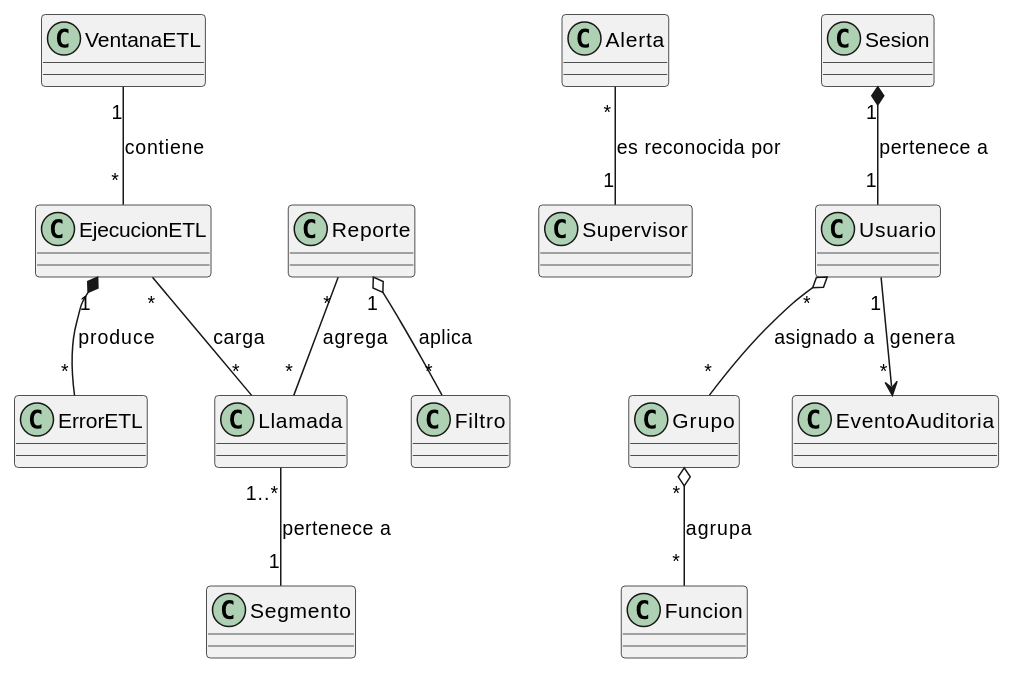
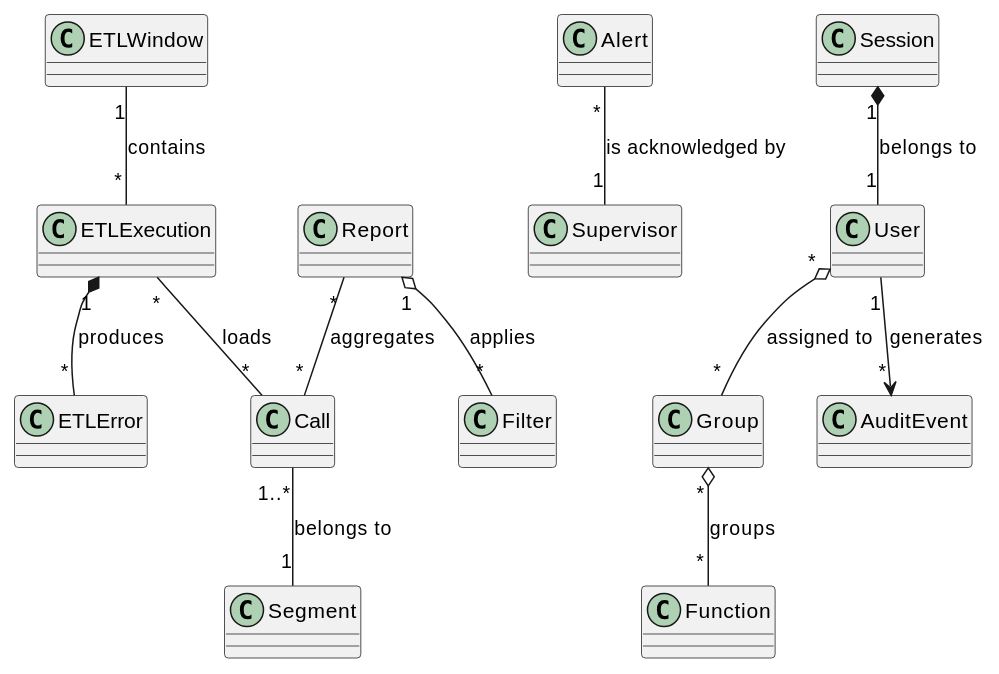
One commit to jcg-admin/IACT-docs changed the diagram in source/requisitos/_metodologia-aplicacion/analisis-dominio/aplicacion-a-iact.rst. Above: the diagram before and after it, drawn with PlantUML. The commit also changed 21 other files, not shown here.

```diff
--- a/source/requisitos/_metodologia-aplicacion/analisis-dominio/aplicacion-a-iact.rst
+++ b/source/requisitos/_metodologia-aplicacion/analisis-dominio/aplicacion-a-iact.rst
@@ -7,31 +7,31 @@
 .. uml::
 
    @startuml
 
-   class Llamada
-   class Segmento
-   class EjecucionETL
-   class VentanaETL
-   class ErrorETL
-   class Reporte
-   class Filtro
-   class Alerta
+   class Call
+   class Segment
+   class ETLExecution
+   class ETLWindow
+   class ETLError
+   class Report
+   class Filter
+   class Alert
    class Supervisor
-   class Usuario
-   class Sesion
-   class Grupo
-   class Funcion
-   class EventoAuditoria
+   class User
+   class Session
+   class Group
+   class Function
+   class AuditEvent
 
-   Llamada "1..*" -- "1" Segmento : pertenece a
-   VentanaETL "1" -- "*" EjecucionETL : contiene
-   EjecucionETL "*" -- "*" Llamada : carga
-   EjecucionETL "1" *-- "*" ErrorETL : produce
-   Reporte "*" -- "*" Llamada : agrega
-   Reporte "1" o-- "*" Filtro : aplica
-   Alerta "*" -- "1" Supervisor : es reconocida por
-   Sesion "1" *-- "1" Usuario : pertenece a
-   Usuario "*" o-- "*" Grupo : asignado a
-   Grupo "*" o-- "*" Funcion : agrupa
-   Usuario "1" --> "*" EventoAuditoria : genera
+   Call "1..*" -- "1" Segment : belongs to
+   ETLWindow "1" -- "*" ETLExecution : contains
+   ETLExecution "*" -- "*" Call : loads
+   ETLExecution "1" *-- "*" ETLError : produces
+   Report "*" -- "*" Call : aggregates
+   Report "1" o-- "*" Filter : applies
+   Alert "*" -- "1" Supervisor : is acknowledged by
+   Session "1" *-- "1" User : belongs to
+   User "*" o-- "*" Group : assigned to
+   Group "*" o-- "*" Function : groups
+   User "1" --> "*" AuditEvent : generates
    @enduml
```
